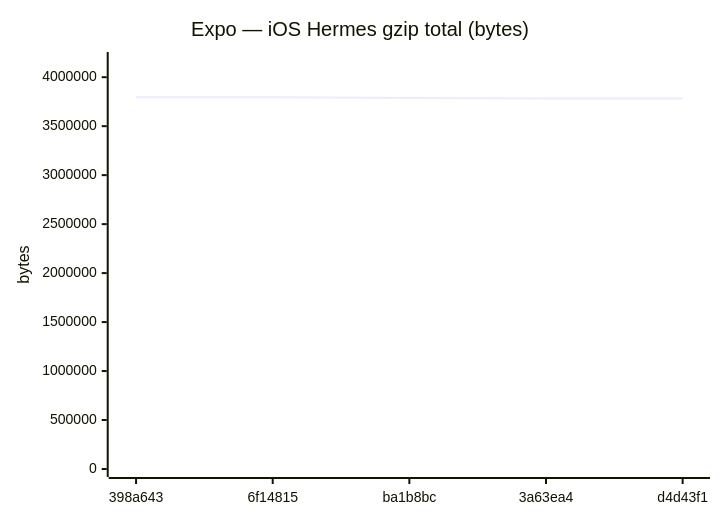
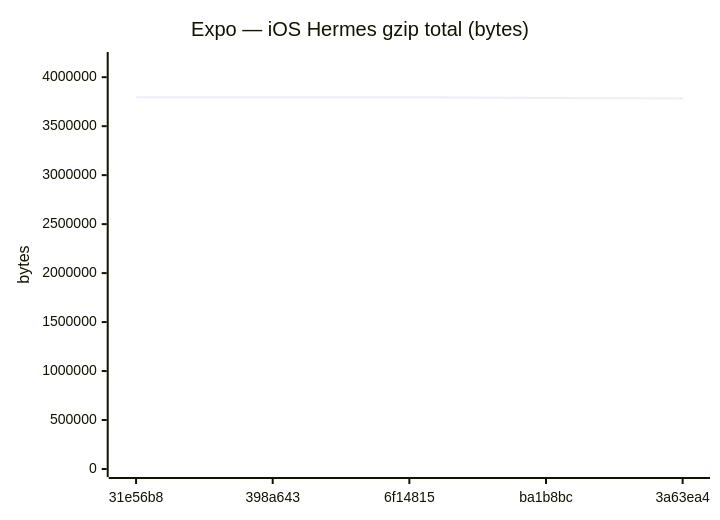
Diagram 12 of 18 in benchmarks/compare.md (Metaheurist/Rianell), drawn with Mermaid before and after one commit. The commit also changed other lines of this file and 11 other files, not shown here.

````diff
--- a/benchmarks/compare.md
+++ b/benchmarks/compare.md
@@ -179,7 +179,7 @@
 ```mermaid
 xychart-beta
     title "Expo — iOS Hermes gzip total (bytes)"
-    x-axis ["398a643", "6f14815", "ba1b8bc", "3a63ea4", "d4d43f1"]
+    x-axis ["31e56b8", "398a643", "6f14815", "ba1b8bc", "3a63ea4"]
     y-axis "bytes" 0 --> 4175606
-    line [3796002, 3796005, 3788525, 3783517, 3783520]
+    line [3796002, 3796002, 3796005, 3788525, 3783517]
 ```
````
